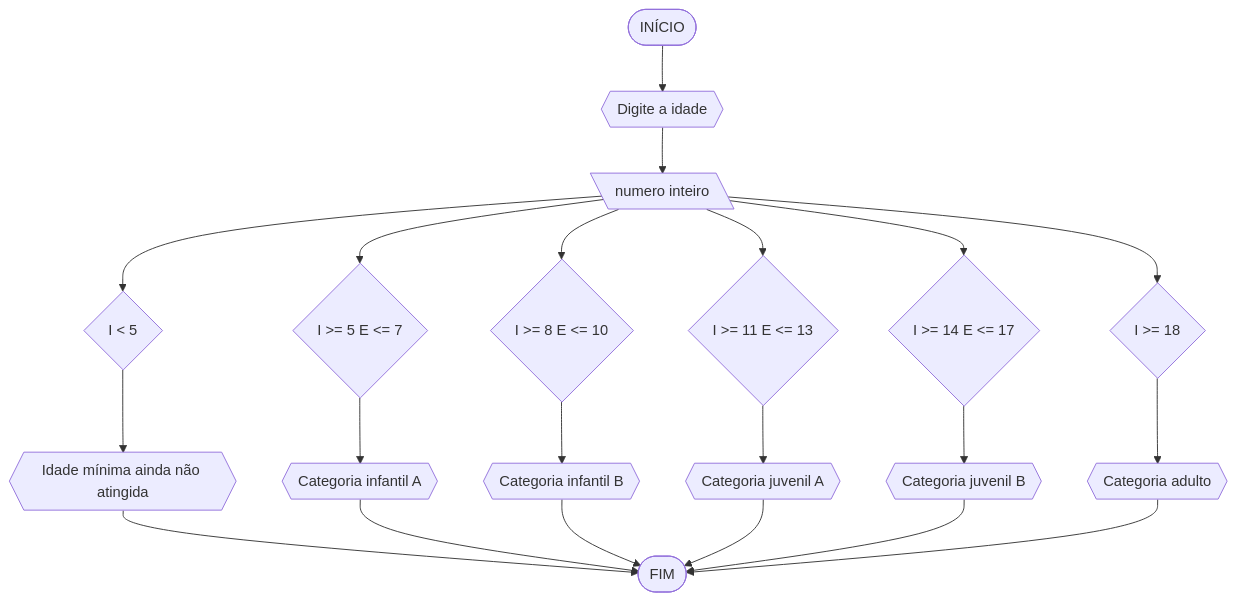
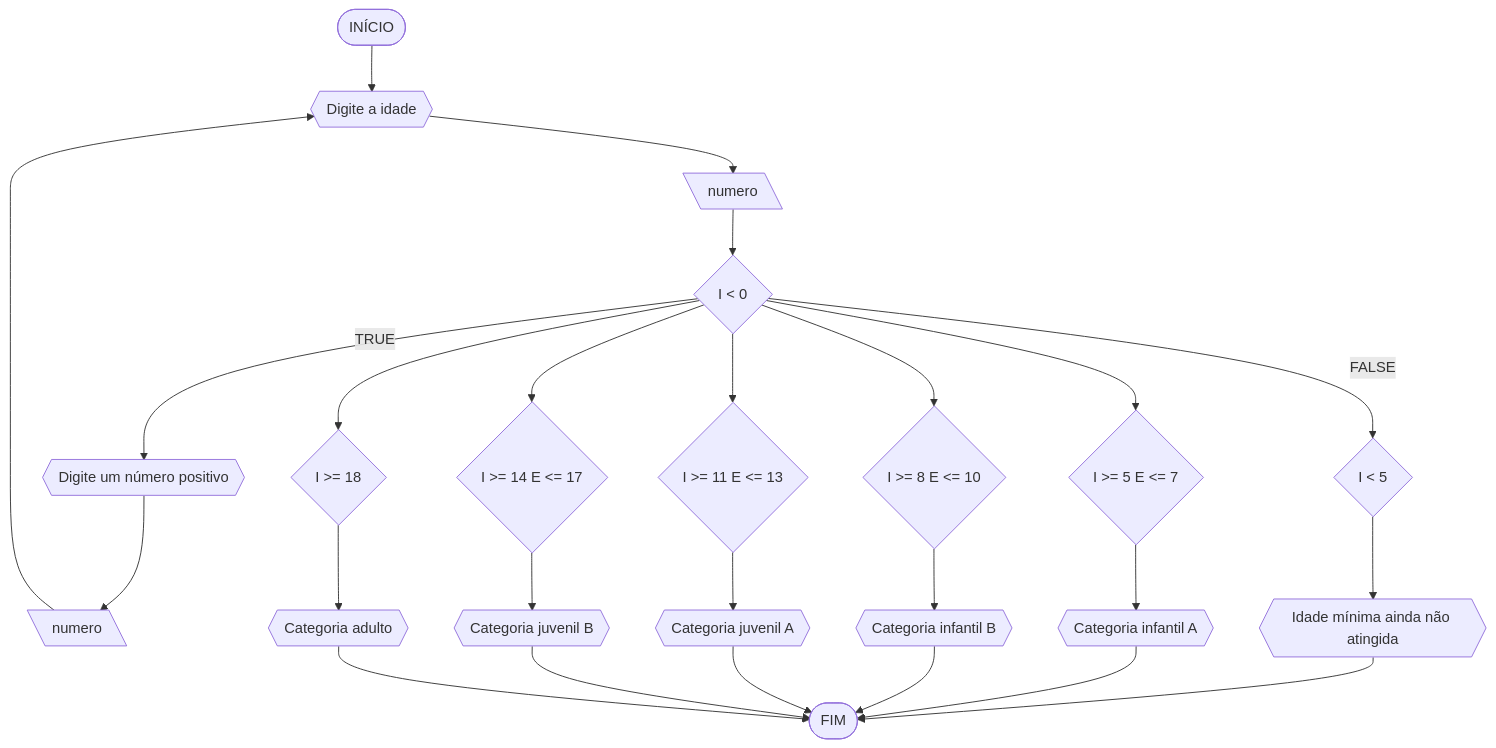
Before and after one commit to LucasCarreiro7/UNIFOR: the fourth of 4 diagrams in RLA/AF1/lista02.md, drawn with Mermaid. The commit also changed other lines of this file, not shown here.

````diff
--- a/RLA/AF1/lista02.md
+++ b/RLA/AF1/lista02.md
@@ -154,23 +158,27 @@
 ```mermaid
 flowchart TD
 A([INÍCIO]) --> B{{Digite a idade}}
-B --> C[\numero inteiro\]
-C --> D{I < 5}
-C --> D2{I >= 5 E <= 7}
+B --> C[\numero\]
+C --> C2{I < 0}
+C2 --FALSE--> D{I < 5}
+C2 --TRUE--> C3{{Digite um número positivo}}
+C3 --> C4[\numero\]
+C4 --> B
+C2 --> D2{I >= 5 E <= 7}
 D --> E{{Idade mínima ainda não atingida}}
 E --> Z([FIM])
 D2 --> F{{Categoria infantil A}}
 F --> Z
-C --> D3{I >= 8 E <= 10}
+C2 --> D3{I >= 8 E <= 10}
 D3 --> G{{Categoria infantil B}}
 G --> Z
-C --> D4{I >= 11 E <= 13}
+C2 --> D4{I >= 11 E <= 13}
 D4 --> H{{Categoria juvenil A}}
 H --> Z
-C --> D5{I >= 14 E <= 17}
+C2 --> D5{I >= 14 E <= 17}
 D5 --> I{{Categoria juvenil B}}
 I --> Z
-C --> D6{I >= 18}
+C2 --> D6{I >= 18}
 D6 --> J{{Categoria adulto}}
 J --> Z
 ```
````
